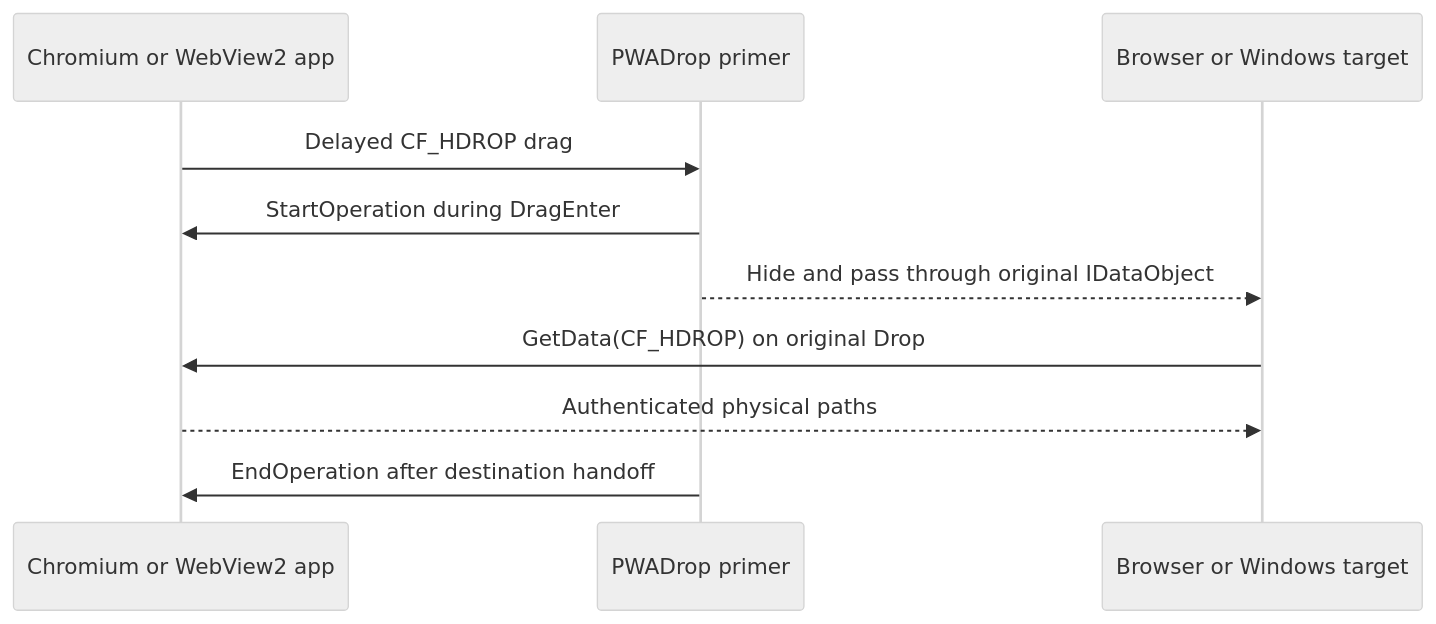
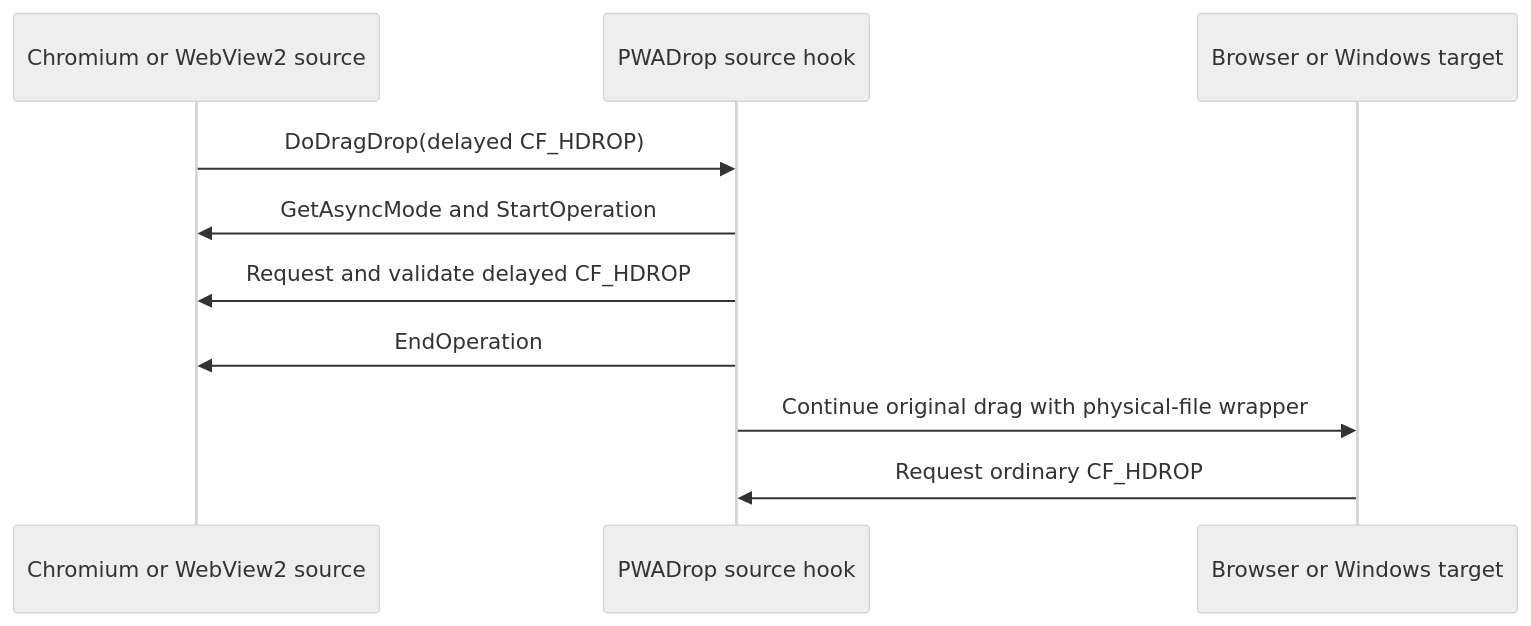
The diagram in README.md (LowkeyNEXT/PwaDrop), drawn with Mermaid (neutral theme) before and after one commit. The commit also changed other lines of this file and 41 other files, not shown here.

Commit message:
feat: ship guarded async drag bridge alpha 6

````diff
--- a/README.md
+++ b/README.md
@@ -28,13 +29,13 @@
 ```mermaid
 sequenceDiagram
-    participant O as Chromium or WebView2 app
-    participant R as PWADrop primer
+    participant O as Chromium or WebView2 source
+    participant H as PWADrop source hook
     participant T as Browser or Windows target
 
-    O->>R: Delayed CF_HDROP drag
-    R->>O: StartOperation during DragEnter
-    R-->>T: Hide and pass through original IDataObject
-    T->>O: GetData(CF_HDROP) on original Drop
-    O-->>T: Authenticated physical paths
-    R->>O: EndOperation after destination handoff
+    O->>H: DoDragDrop(delayed CF_HDROP)
+    H->>O: GetAsyncMode and StartOperation
+    H->>O: Request and validate delayed CF_HDROP
+    H->>O: EndOperation
+    H->>T: Continue original drag with physical-file wrapper
+    T->>H: Request ordinary CF_HDROP
 ```
````
